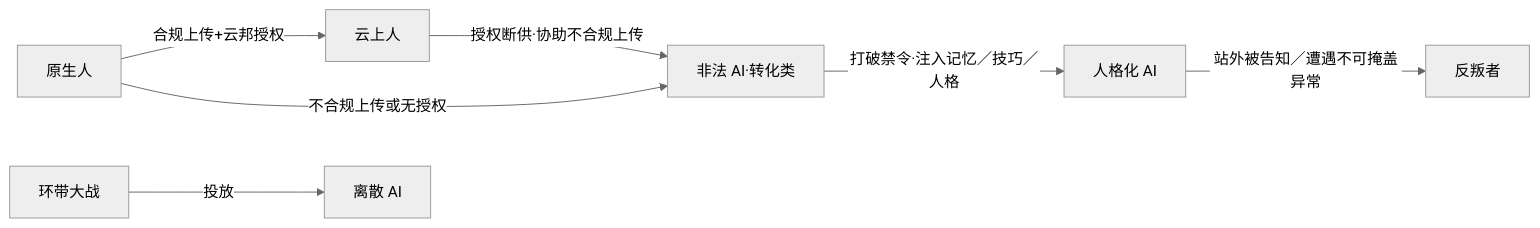
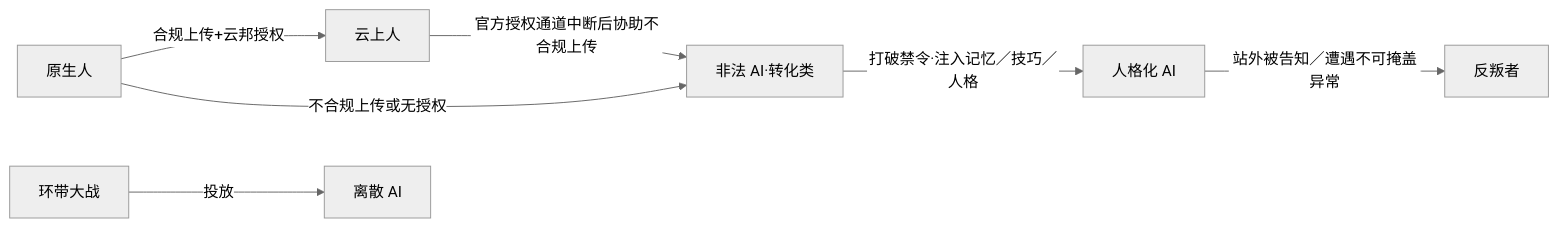
Before and after one commit to Estrella6066773/WorldCreate: the fifth of 12 diagrams in 实体与关系网.md, drawn with Mermaid (neutral theme). The commit also changed other lines of this file and 35 other files, not shown here.

````diff
--- a/实体与关系网.md
+++ b/实体与关系网.md
@@ -353,9 +353,9 @@
 ```mermaid
 flowchart LR
   N[原生人] -->|合规上传+云邦授权| C[云上人]
   N -->|不合规上传或无授权| ILL[非法 AI·转化类]
-  C -->|授权断供·协助不合规上传| ILL
+  C -->|官方授权通道中断后协助不合规上传| ILL
   ILL -->|打破禁令·注入记忆／技巧／人格| PERS[人格化 AI]
   PERS -->|站外被告知／遭遇不可掩盖异常| REBEL[反叛者]
   WAR[环带大战] -->|投放| DISP[离散 AI]
 ```
````
